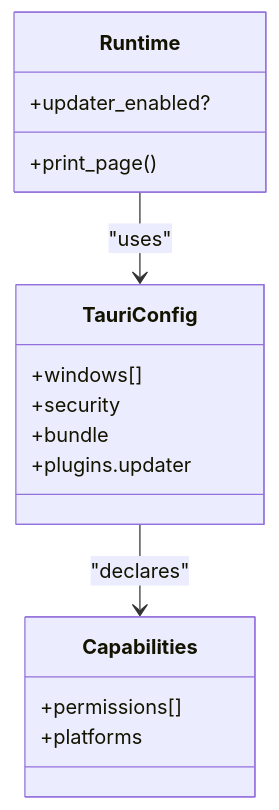
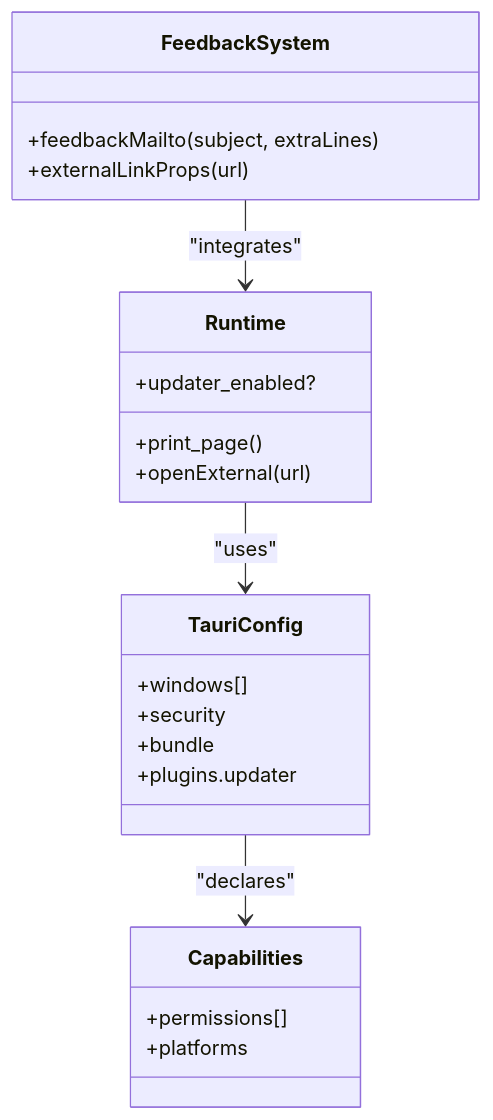
One commit to muhammadhabibullah/tbs-lpdp changed the seventh of 10 diagrams in .qoder/repowiki/en/content/Desktop and Mobile Applications/Tauri Application Shell.md. Above: the diagram before and after it, drawn with Mermaid. The commit also changed other lines of this file and 88 other files, not shown here.

````diff
--- a/.qoder/repowiki/en/content/Desktop and Mobile Applications/Tauri Application Shell.md
+++ b/.qoder/repowiki/en/content/Desktop and Mobile Applications/Tauri Application Shell.md
@@ -280,19 +321,25 @@
 ```mermaid
 classDiagram
 class TauriConfig {
 +windows[]
 +security
 +bundle
 +plugins.updater
 }
 class Capabilities {
 +permissions[]
 +platforms
 }
 class Runtime {
 +print_page()
 +updater_enabled?
++openExternal(url)
+}
+class FeedbackSystem {
++feedbackMailto(subject, extraLines)
++externalLinkProps(url)
 }
 TauriConfig --> Capabilities : "declares"
 Runtime --> TauriConfig : "uses"
+FeedbackSystem --> Runtime : "integrates"
 ```
````
